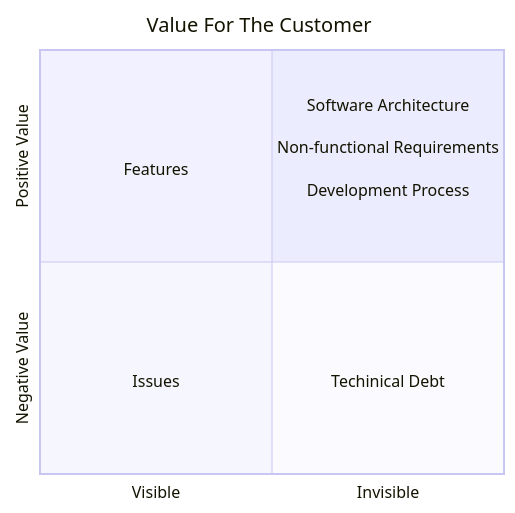
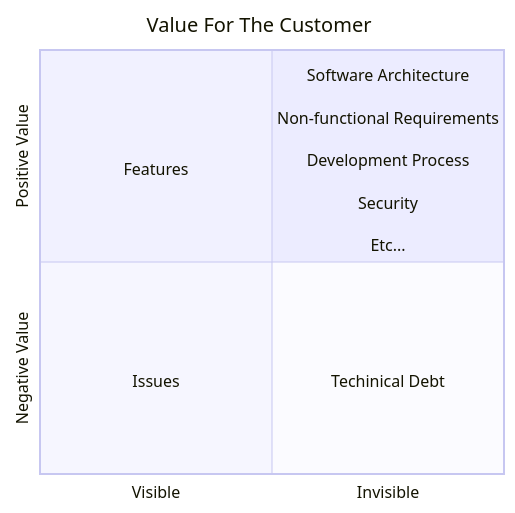
Before and after one commit to CassianoCarraro/blog: the diagram in content/my-thoughts-on-devsecops.md, drawn with Mermaid.

Commit message:
chore: edit post My Thoughts on DevSecOps

````diff
--- a/content/my-thoughts-on-devsecops.md
+++ b/content/my-thoughts-on-devsecops.md
@@ -49,19 +49,20 @@
 ```mermaid
 ---
 config:
     quadrantChart:
         pointRadius: 0
         pointLabelFontSize: 16
 ---
 quadrantChart
     title Value For The Customer
     x-axis Visible --> Invisible
     y-axis Negative Value --> Positive Value
     Features: [0.25, 0.75]
-    Software Architecture: [0.75, 0.90]
-    Non-functional Requirements: [0.75, 0.80]
-    Development Process: [0.75, 0.70]
+    Software Architecture: [0.75, 0.97]
+    Non-functional Requirements: [0.75, 0.87]
+    Development Process: [0.75, 0.77]
+    Security: [0.75, 0.67]
+    Etc...: [0.75, 0.57]
     Techinical Debt: [0.75, 0.25]
     Issues: [0.25, 0.25]
-
 ```
````
